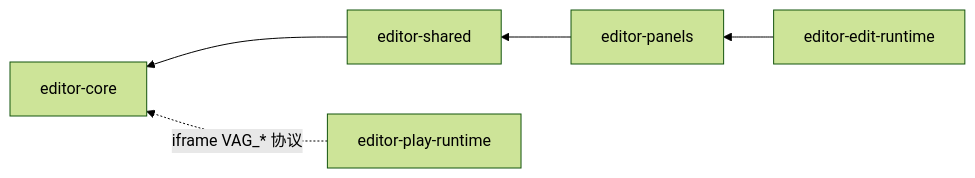
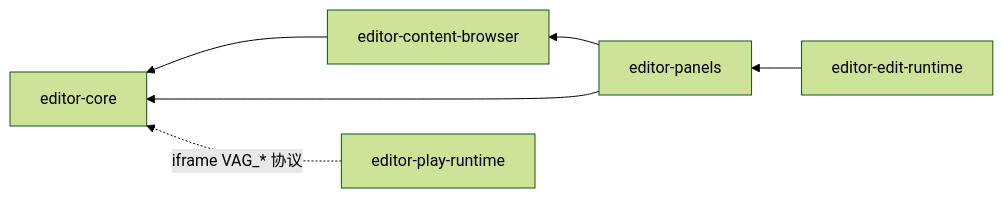
Before and after one commit to ForgeaX-Games/forgeax-editor: the first of 2 diagrams in README.zh-CN.md, drawn with Mermaid (forest theme). The commit also changed other lines of this file and 204 other files, not shown here.

````diff
--- a/README.zh-CN.md
+++ b/README.zh-CN.md
@@ -25,7 +25,8 @@
 ```mermaid
 flowchart RL
-    shared["editor-shared"] --> core["editor-core"]
-    panels["editor-panels"] --> shared
+    cb["editor-content-browser"] --> core["editor-core"]
+    panels["editor-panels"] --> core
+    panels --> cb
     edit["editor-edit-runtime"] --> panels
     play["editor-play-runtime"] -.->|"iframe VAG_* 协议"| core
 ```
````
